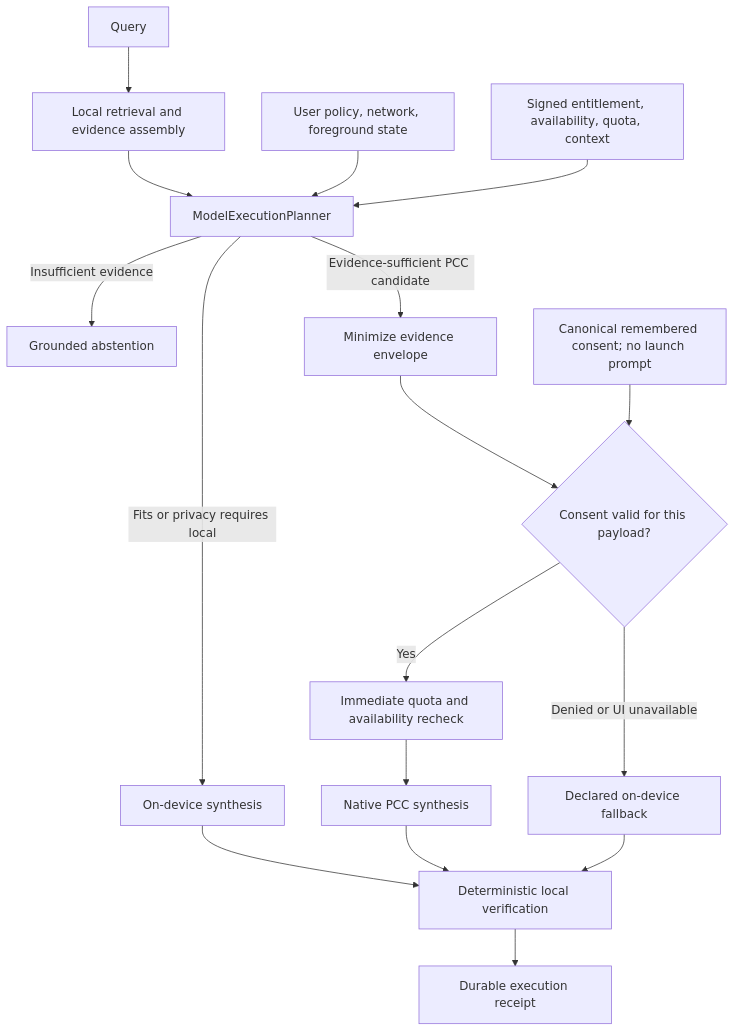
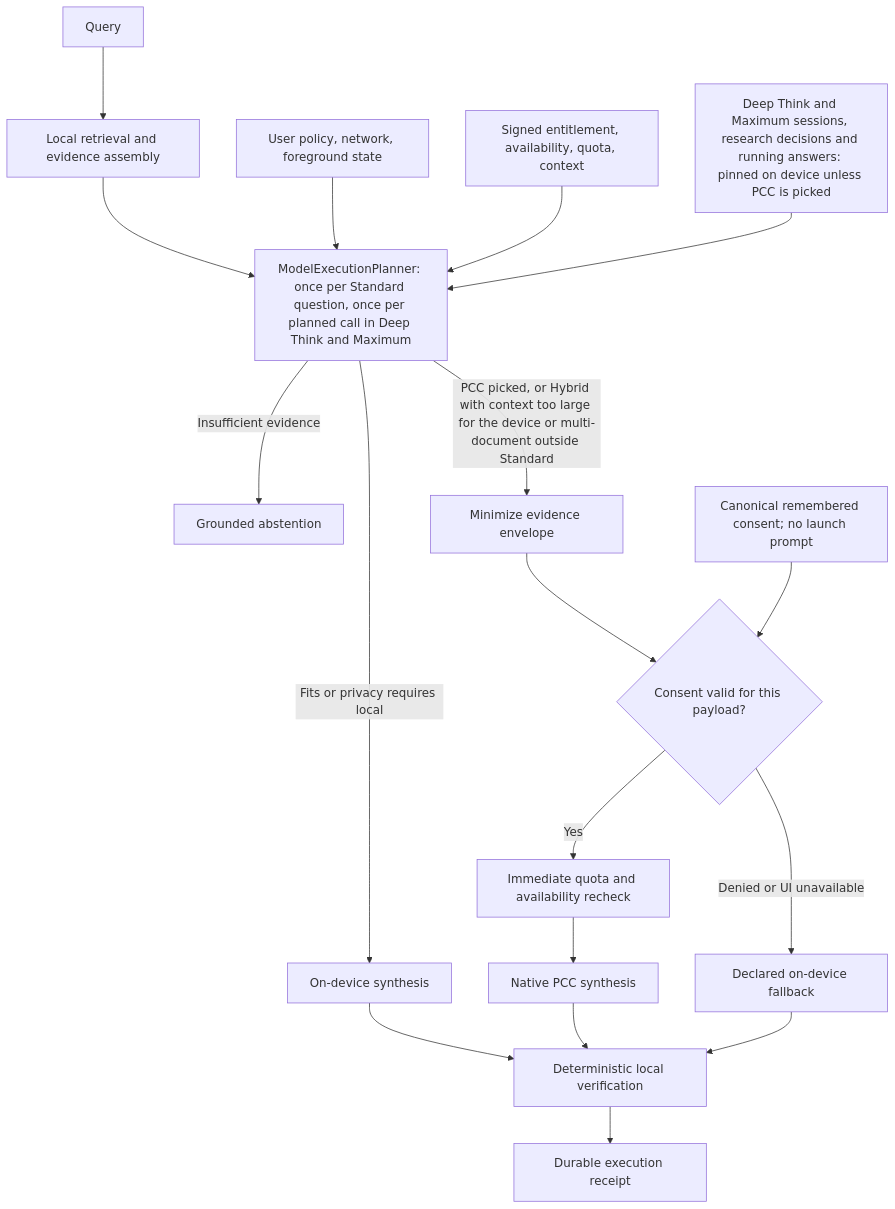
The diagram in Docs/PRIVACY_AND_ROUTING.md (Gunnarguy/OpenIntelligence), drawn with Mermaid before and after one commit. The commit also changed other lines of this file and 1 other file, not shown here.

````diff
--- a/Docs/PRIVACY_AND_ROUTING.md
+++ b/Docs/PRIVACY_AND_ROUTING.md
@@ -32,19 +37,20 @@
 ```mermaid
 flowchart TD
   Q[Query] --> R[Local retrieval and evidence assembly]
-  R --> P[ModelExecutionPlanner]
+  R --> P[ModelExecutionPlanner: once per Standard question, once per planned call in Deep Think and Maximum]
   C[User policy, network, foreground state] --> P
   S[Signed entitlement, availability, quota, context] --> P
+  N[Deep Think and Maximum sessions, research decisions and running answers: pinned on device unless PCC is picked] --> P
   P -->|Insufficient evidence| A[Grounded abstention]
   P -->|Fits or privacy requires local| L[On-device synthesis]
-  P -->|Evidence-sufficient PCC candidate| M[Minimize evidence envelope]
+  P -->|PCC picked, or Hybrid with context too large for the device or multi-document outside Standard| M[Minimize evidence envelope]
   M --> G{Consent valid for this payload?}
   K[Canonical remembered consent; no launch prompt] --> G
   G -->|Yes| X[Immediate quota and availability recheck]
   X --> PCC[Native PCC synthesis]
   G -->|Denied or UI unavailable| F[Declared on-device fallback]
   L --> V[Deterministic local verification]
   PCC --> V
   F --> V
   V --> T[Durable execution receipt]
 ```
````
